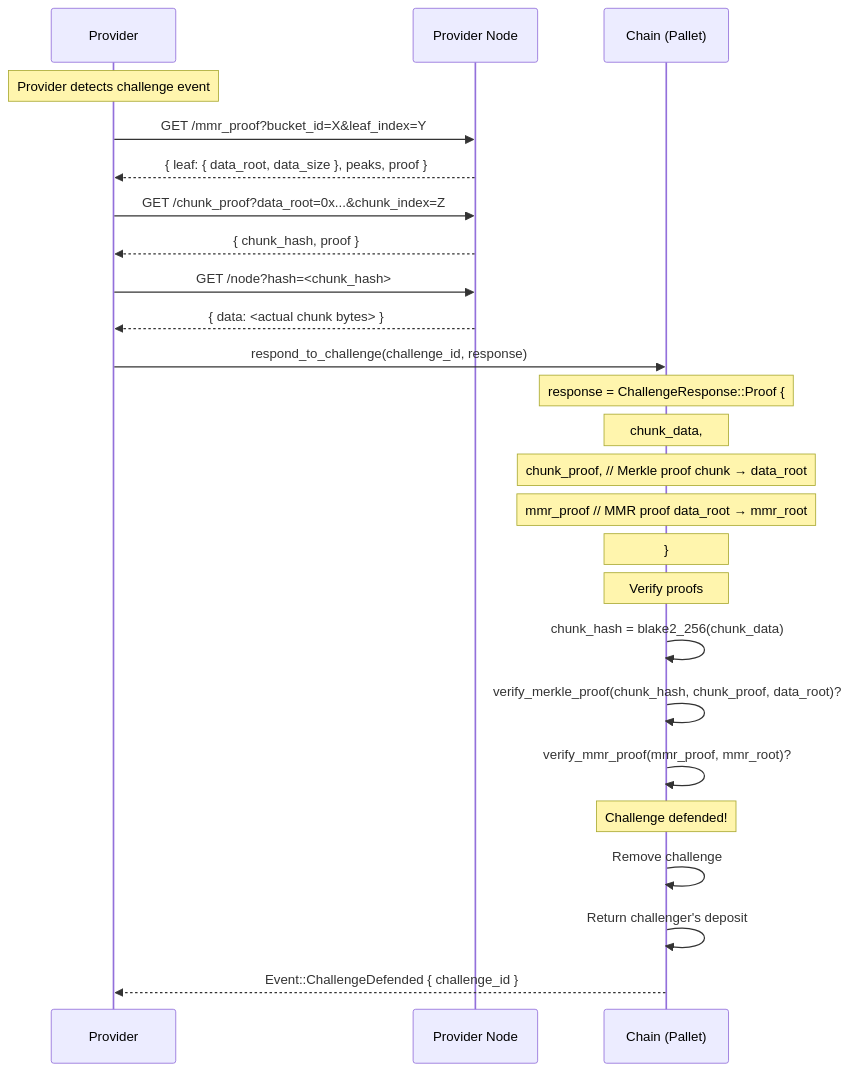
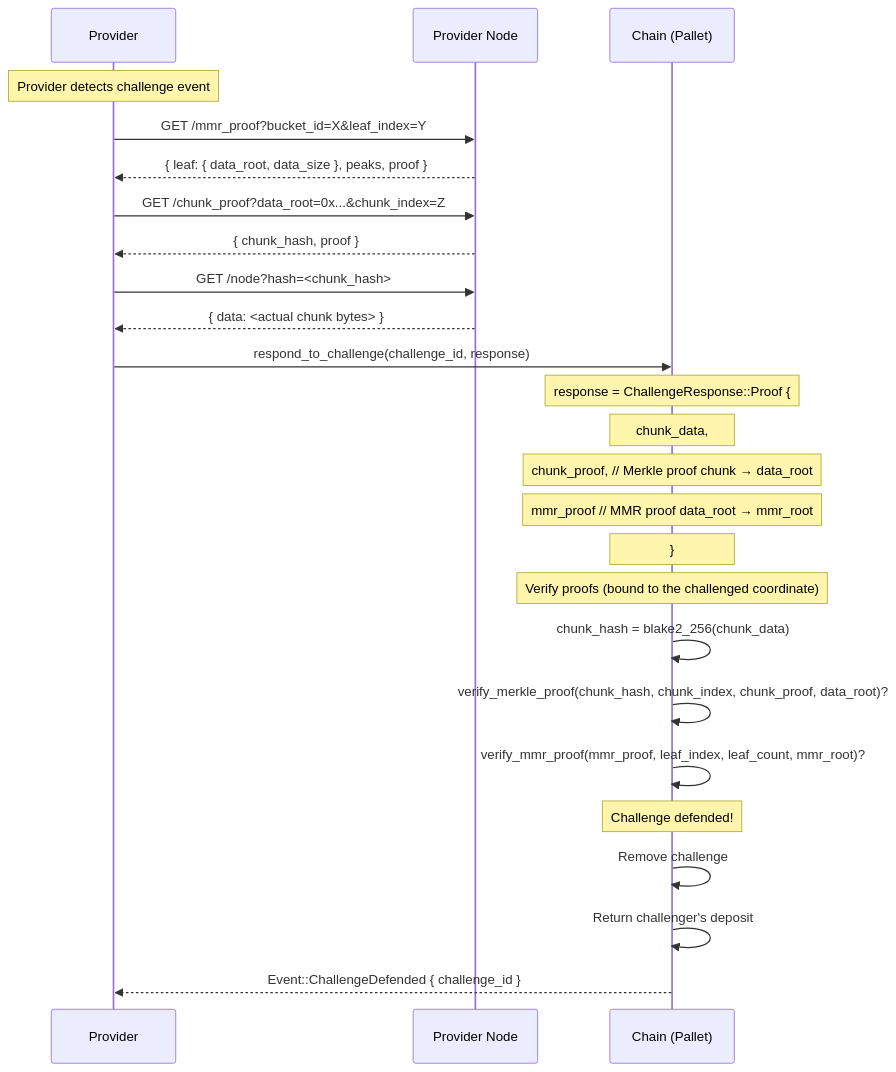
One commit to paritytech/web3-storage changed the tenth of 13 diagrams in docs/design/EXECUTION_FLOWS.md. Above: the diagram before and after it, drawn with Mermaid. The commit also changed 25 other files, not shown here.

Commit message:
Bind challenge/response MMR proofs to the exact (leaf_index, leaf_count)

````diff
--- a/docs/design/EXECUTION_FLOWS.md
+++ b/docs/design/EXECUTION_FLOWS.md
@@ -497,36 +497,36 @@
 ```mermaid
 sequenceDiagram
     participant P as Provider
     participant PN as Provider Node
     participant C as Chain (Pallet)
 
     Note over P: Provider detects challenge event
 
     P->>PN: GET /mmr_proof?bucket_id=X&leaf_index=Y
     PN-->>P: { leaf: { data_root, data_size }, peaks, proof }
 
     P->>PN: GET /chunk_proof?data_root=0x...&chunk_index=Z
     PN-->>P: { chunk_hash, proof }
 
     P->>PN: GET /node?hash=<chunk_hash>
     PN-->>P: { data: <actual chunk bytes> }
 
     P->>C: respond_to_challenge(challenge_id, response)
 
     Note over C: response = ChallengeResponse::Proof {
     Note over C:   chunk_data,
     Note over C:   chunk_proof,  // Merkle proof chunk → data_root
     Note over C:   mmr_proof     // MMR proof data_root → mmr_root
     Note over C: }
 
-    Note over C: Verify proofs
+    Note over C: Verify proofs (bound to the challenged coordinate)
     C->>C: chunk_hash = blake2_256(chunk_data)
-    C->>C: verify_merkle_proof(chunk_hash, chunk_proof, data_root)?
-    C->>C: verify_mmr_proof(mmr_proof, mmr_root)?
+    C->>C: verify_merkle_proof(chunk_hash, chunk_index, chunk_proof, data_root)?
+    C->>C: verify_mmr_proof(mmr_proof, leaf_index, leaf_count, mmr_root)?
 
     Note over C: Challenge defended!
     C->>C: Remove challenge
     C->>C: Return challenger's deposit
 
     C-->>P: Event::ChallengeDefended { challenge_id }
 ```
````
